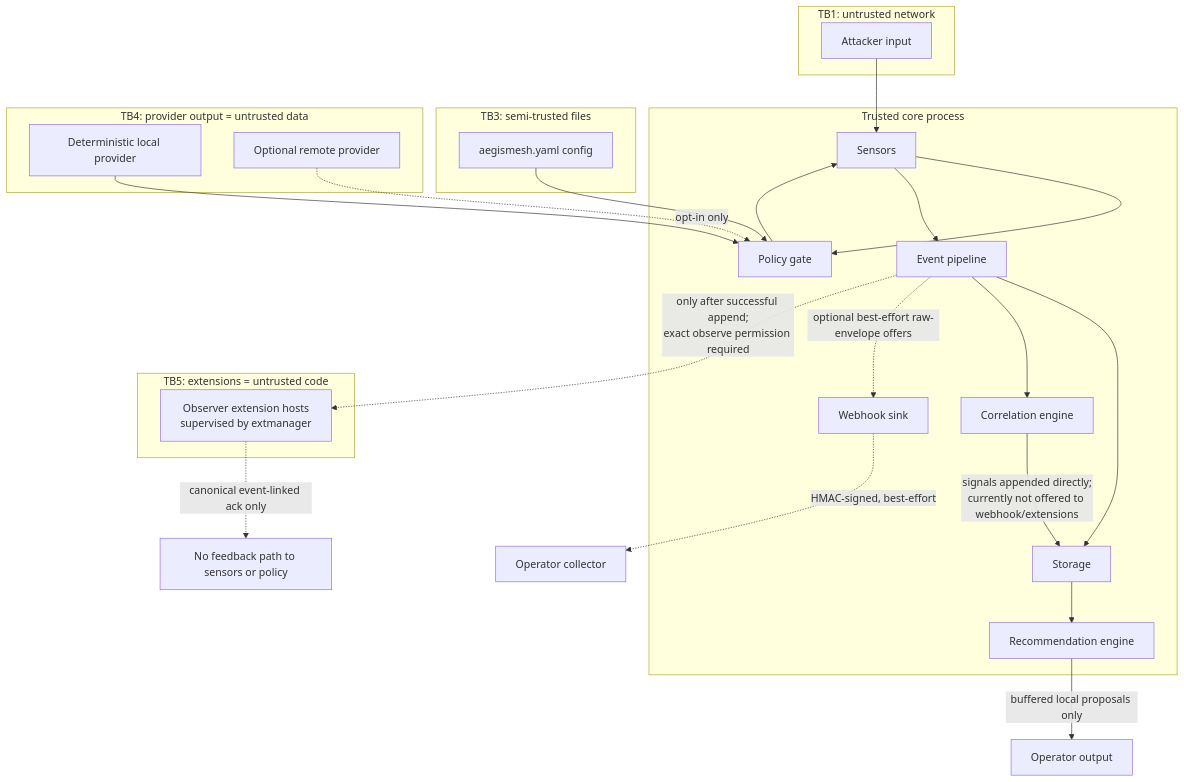
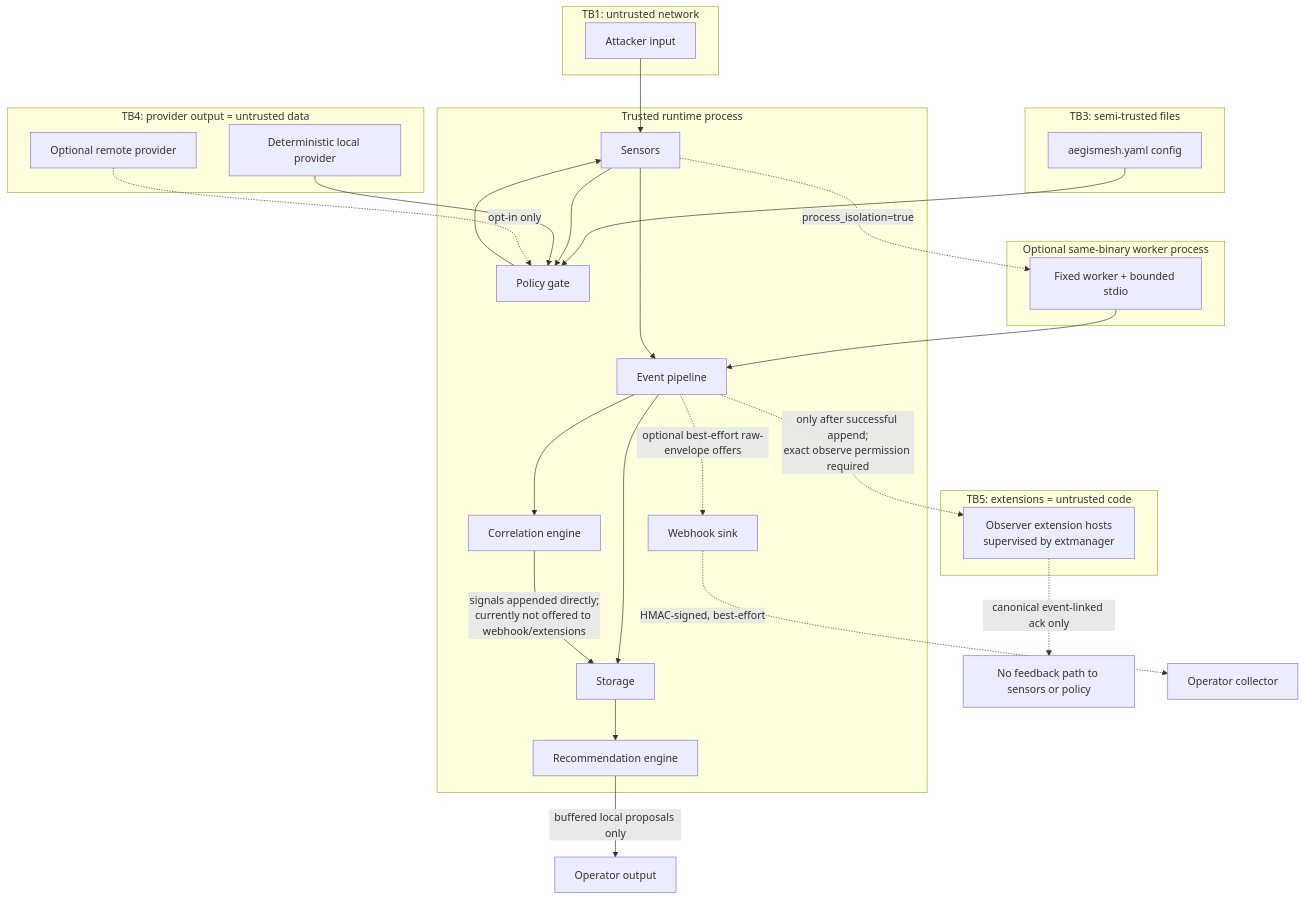
One commit to metaforismo/AegisMesh changed the second of 3 diagrams in docs/architecture/data-flow.md. Above: the diagram before and after it, drawn with Mermaid. The commit also changed other lines of this file and 13 other files, not shown here.

First line of the commit message:
docs(runtime): define process containment contract

````diff
--- a/docs/architecture/data-flow.md
+++ b/docs/architecture/data-flow.md
@@ -113,41 +139,46 @@
 ```mermaid
 flowchart TB
     subgraph TB1["TB1: untrusted network"]
         X[Attacker input]
     end
-    subgraph CORE["Trusted core process"]
+    subgraph CORE["Trusted runtime process"]
         S[Sensors]
         POL[Policy gate]
         EV[Event pipeline]
         COR[Correlation engine]
         WEB[Webhook sink]
         ST[Storage]
         REC[Recommendation engine]
+    end
+    subgraph WORKER["Optional same-binary worker process"]
+        SW[Fixed worker + bounded stdio]
     end
     subgraph TB3["TB3: semi-trusted files"]
         CF[aegismesh.yaml config]
     end
     subgraph TB4["TB4: provider output = untrusted data"]
         LP[Deterministic local provider]
         RP[Optional remote provider]
     end
     subgraph TB5["TB5: extensions = untrusted code"]
         EH[Observer extension hosts\nsupervised by extmanager]
     end
     X --> S
+    S -.->|process_isolation=true| SW
+    SW --> EV
     CF --> POL
     S --> POL
     LP --> POL
     RP -.->|opt-in only| POL
     S --> EV
     POL --> S
     EV --> ST
     ST --> REC
     EV --> COR
     EV -.->|"optional best-effort raw-envelope offers"| WEB
     COR -->|"signals appended directly;\ncurrently not offered to webhook/extensions"| ST
     EV -.->|"only after successful append;\nexact observe permission required"| EH
     EH -.->|"canonical event-linked ack only"| NFB[No feedback path to sensors or policy]
     WEB -.->|"HMAC-signed, best-effort"| COL[Operator collector]
     REC -->|"buffered local proposals only"| OUT[Operator output]
 ```
````
